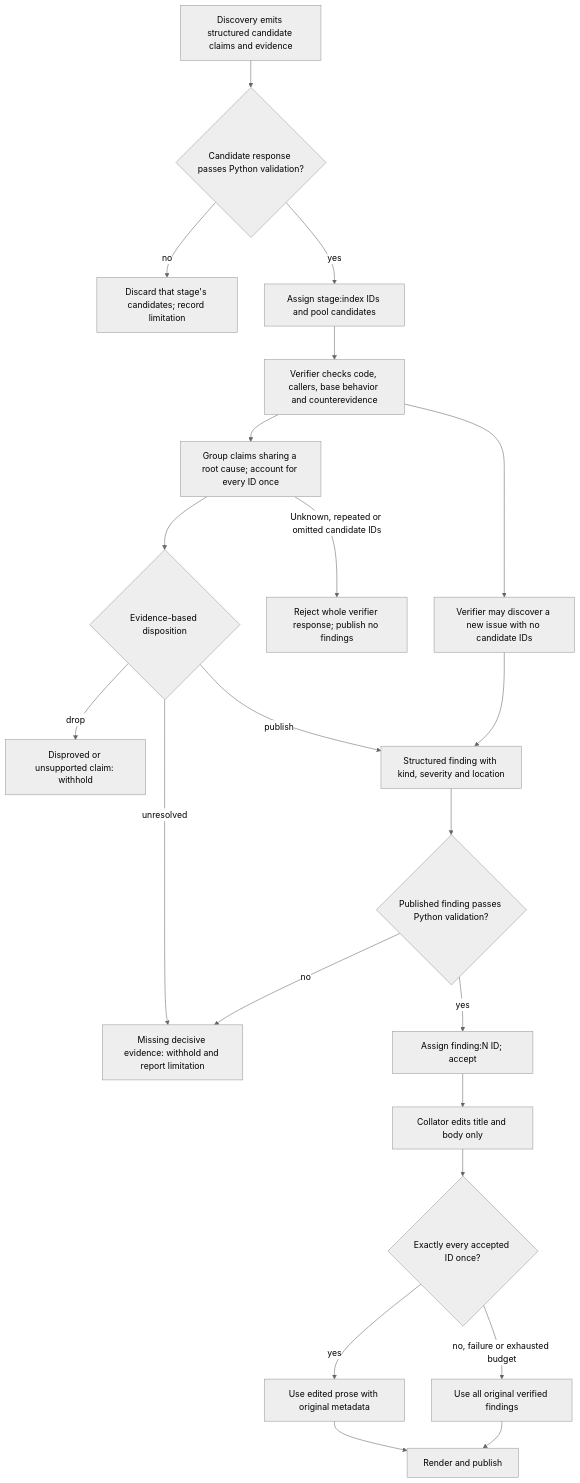
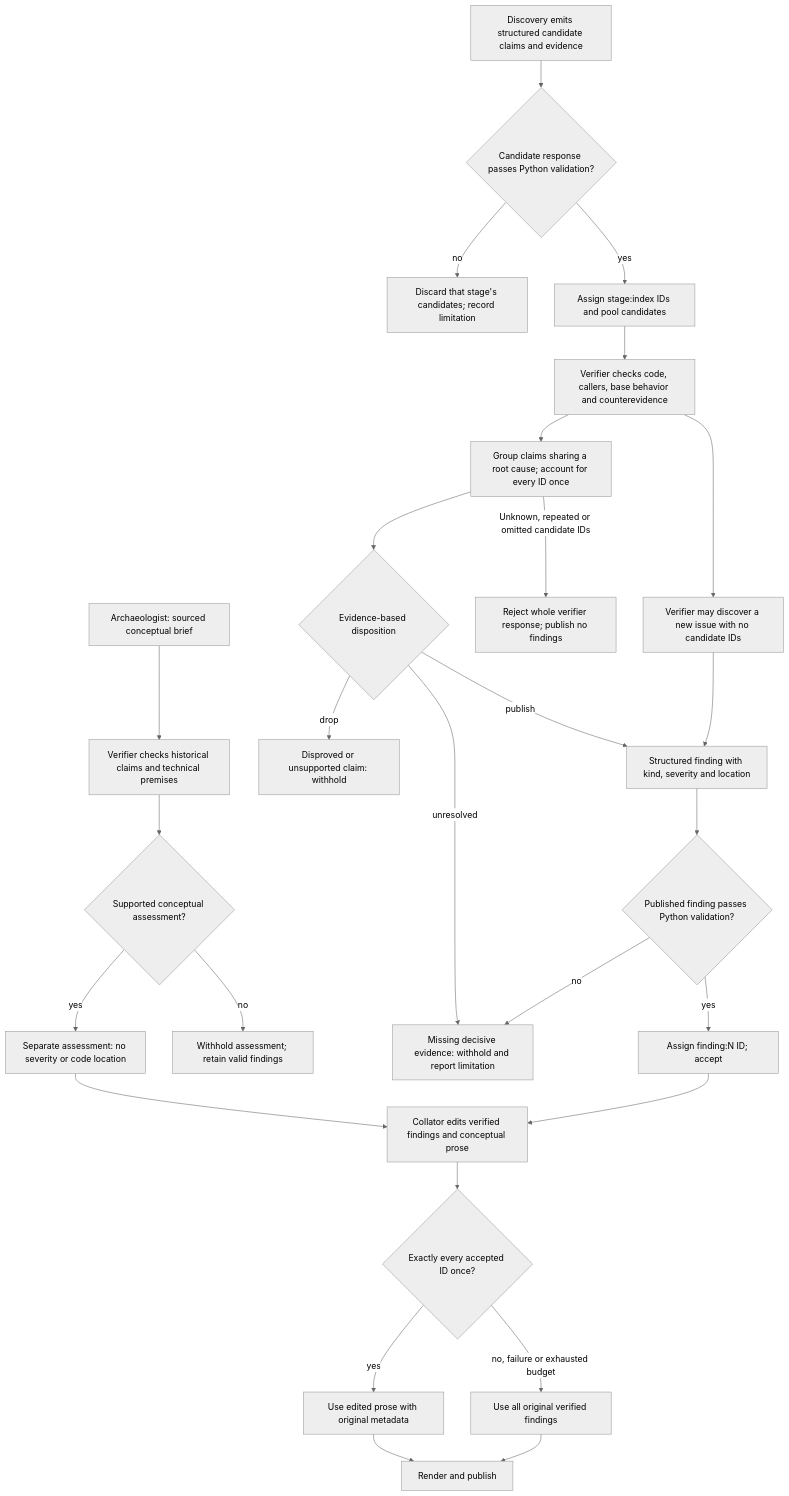
Before and after one commit to sedited/nix-wll: the fourth of 4 diagrams in pkgs/forgejo-review-bot/README.md, drawn with Mermaid (neutral theme). The commit also changed other lines of this file and 11 other files, not shown here.

First line of the commit message:
Report archaeology outcomes separately from findings

````diff
--- a/pkgs/forgejo-review-bot/README.md
+++ b/pkgs/forgejo-review-bot/README.md
@@ -154,24 +164,29 @@
 ```mermaid
 flowchart TD
+    archaeology["Archaeologist: sourced conceptual brief"] --> conceptcheck["Verifier checks historical claims and technical premises"]
+    conceptcheck --> conceptdecision{"Supported conceptual assessment?"}
+    conceptdecision -->|yes| concept["Separate assessment: no severity or code location"]
+    conceptdecision -->|no| withheld["Withhold assessment; retain valid findings"]
+    concept --> edit
     discovery["Discovery emits structured candidate claims and evidence"] --> valid{"Candidate response passes Python validation?"}
     valid -->|no| failed["Discard that stage's candidates; record limitation"]
     valid -->|yes| pool["Assign stage:index IDs and pool candidates"]
     pool --> verifier["Verifier checks code, callers, base behavior and counterevidence"]
     verifier --> group["Group claims sharing a root cause; account for every ID once"]
     group --> decision{"Evidence-based disposition"}
     decision -->|drop| drop["Disproved or unsupported claim: withhold"]
     decision -->|unresolved| unresolved["Missing decisive evidence: withhold and report limitation"]
     decision -->|publish| finding["Structured finding with kind, severity and location"]
     finding --> check{"Published finding passes Python validation?"}
     check -->|no| unresolved
     check -->|yes| accepted["Assign finding:N ID; accept"]
     verifier --> new["Verifier may discover a new issue with no candidate IDs"]
     new --> finding
-    accepted --> edit["Collator edits title and body only"]
+    accepted --> edit["Collator edits verified findings and conceptual prose"]
     edit --> ids{"Exactly every accepted ID once?"}
     ids -->|yes| edited["Use edited prose with original metadata"]
     ids -->|"no, failure or exhausted budget"| fallback["Use all original verified findings"]
     edited --> final["Render and publish"]
     fallback --> final
     group -->|"Unknown, repeated or omitted candidate IDs"| invalid["Reject whole verifier response; publish no findings"]
 ```
````
